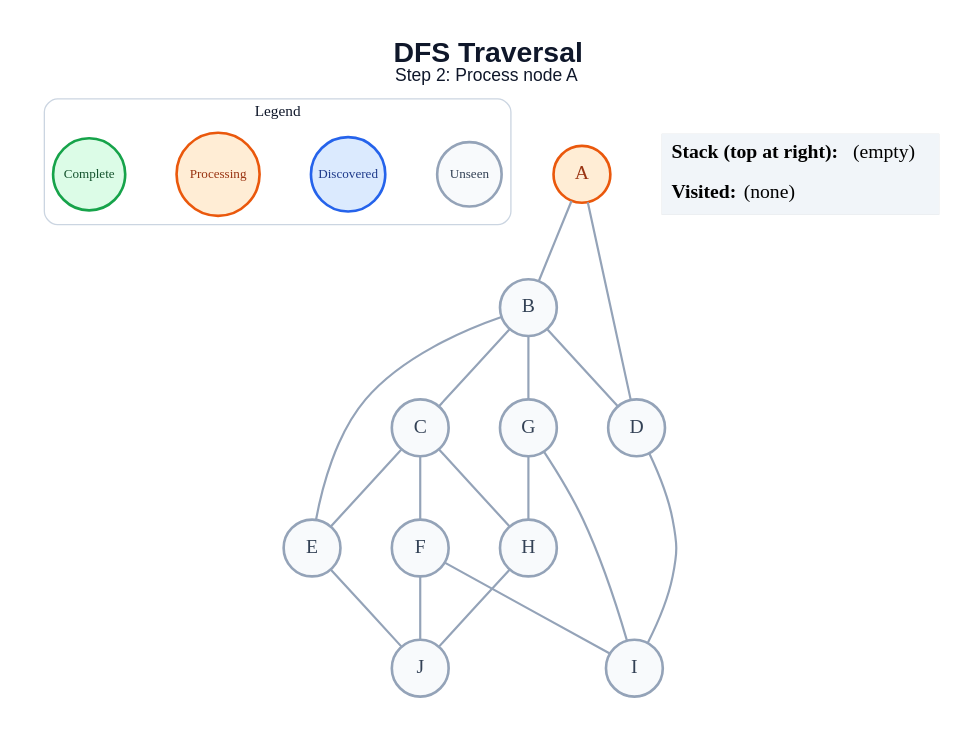
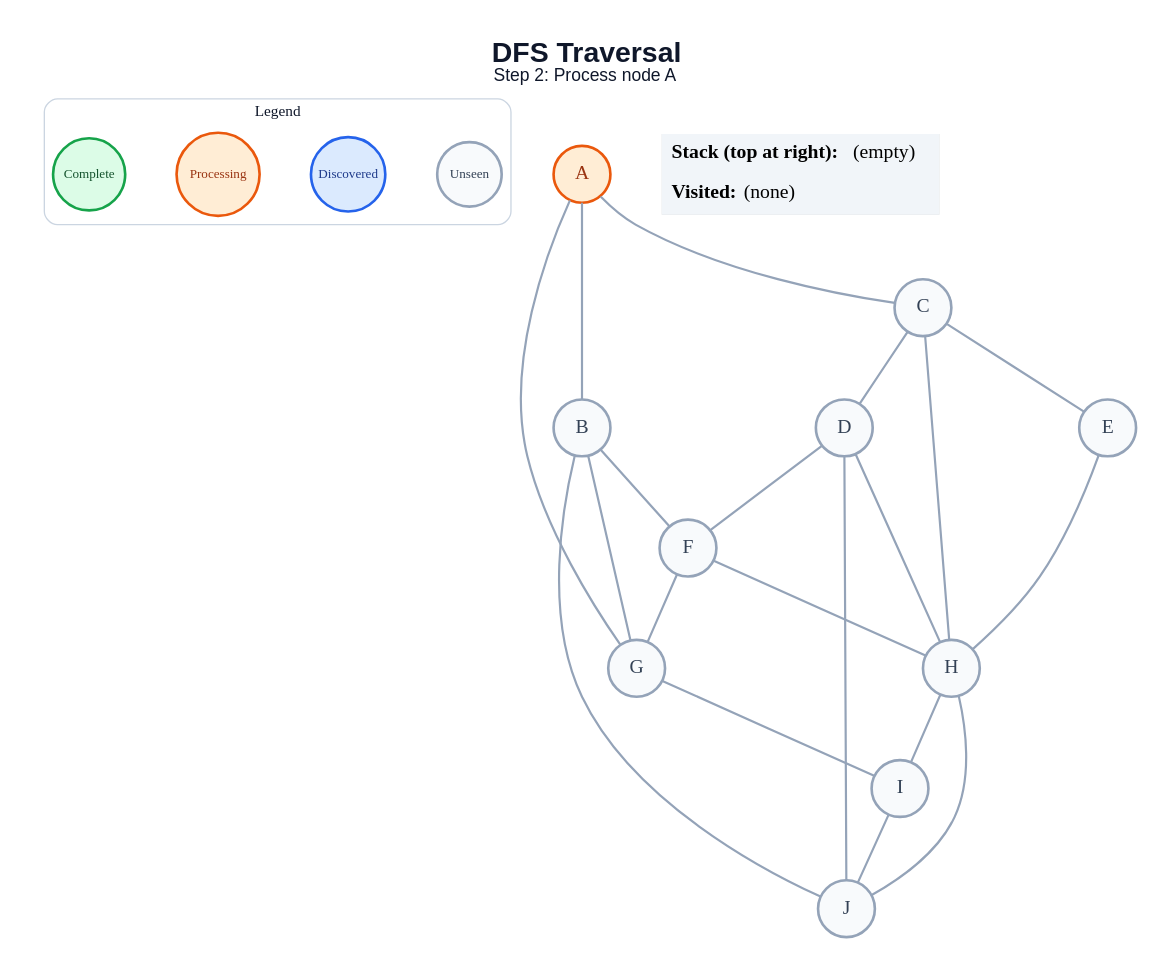
Before and after one commit to amanghodawala9/ai-slop: the diagram in generated/dfs/step_02.dot, drawn with Graphviz. The commit also changed 178 other files, not shown here.

```diff
--- a/generated/dfs/step_02.dot
+++ b/generated/dfs/step_02.dot
@@ -1,45 +1,48 @@
 graph traversal {
   graph [layout=dot, rankdir=TB, bgcolor="#FFFFFF", pad="0.35", nodesep="0.65", ranksep="0.8", fontname="Arial"];
   node [shape=circle, style="filled", fontname="Arial Bold", fontsize=18, width=0.72, fixedsize=true, penwidth=2.4];
   edge [color="#94A3B8", penwidth=2.0];
   label=<<B>DFS Traversal</B><BR/><FONT POINT-SIZE="16">Step 2: Process node A</FONT>>; labelloc="t"; fontsize=26; fontname="Arial"; fontcolor="#0F172A";
   subgraph cluster_legend { label="Legend"; color="#CBD5E1"; penwidth=1.2; style="rounded"; fontsize=14; fontname="Arial Bold";
     key_unseen [label="Unseen", fillcolor="#F8FAFC", color="#94A3B8", fontcolor="#334155", fontsize=12, width=0.82];
     key_frontier [label="Discovered", fillcolor="#DBEAFE", color="#2563EB", fontcolor="#1E3A8A", fontsize=12, width=0.95];
     key_current [label="Processing", fillcolor="#FFEDD5", color="#EA580C", fontcolor="#9A3412", fontsize=12, width=1.05];
     key_done [label="Complete", fillcolor="#DCFCE7", color="#16A34A", fontcolor="#14532D", fontsize=12, width=0.92];
     { rank=same; key_unseen; key_frontier; key_current; key_done; }
   }
   A [fillcolor="#FFEDD5", color="#EA580C", fontcolor="#9A3412"];
   B [fillcolor="#F8FAFC", color="#94A3B8", fontcolor="#334155"];
   C [fillcolor="#F8FAFC", color="#94A3B8", fontcolor="#334155"];
   D [fillcolor="#F8FAFC", color="#94A3B8", fontcolor="#334155"];
   E [fillcolor="#F8FAFC", color="#94A3B8", fontcolor="#334155"];
   F [fillcolor="#F8FAFC", color="#94A3B8", fontcolor="#334155"];
   G [fillcolor="#F8FAFC", color="#94A3B8", fontcolor="#334155"];
   H [fillcolor="#F8FAFC", color="#94A3B8", fontcolor="#334155"];
   I [fillcolor="#F8FAFC", color="#94A3B8", fontcolor="#334155"];
   J [fillcolor="#F8FAFC", color="#94A3B8", fontcolor="#334155"];
   A -- B;
-  A -- D;
-  B -- C;
-  B -- D;
-  B -- E;
+  A -- C;
+  A -- G;
+  B -- F;
   B -- G;
+  B -- J;
+  C -- D;
   C -- E;
-  C -- F;
   C -- H;
-  D -- I;
-  E -- J;
-  F -- I;
-  F -- J;
-  G -- H;
+  D -- F;
+  D -- H;
+  D -- J;
+  E -- H;
+  F -- G;
+  F -- H;
   G -- I;
+  H -- I;
   H -- J;
+  I -- J;
   status [shape=plain, fixedsize=false, width=0, height=0, margin=0, label=<
     <TABLE BORDER="0" CELLBORDER="0" CELLPADDING="7" BGCOLOR="#F1F5F9">
       <TR><TD ALIGN="LEFT"><B>Stack (top at right):</B> (empty)</TD></TR>
       <TR><TD ALIGN="LEFT"><B>Visited:</B> (none)</TD></TR>
     </TABLE>
   >];
 }
```
